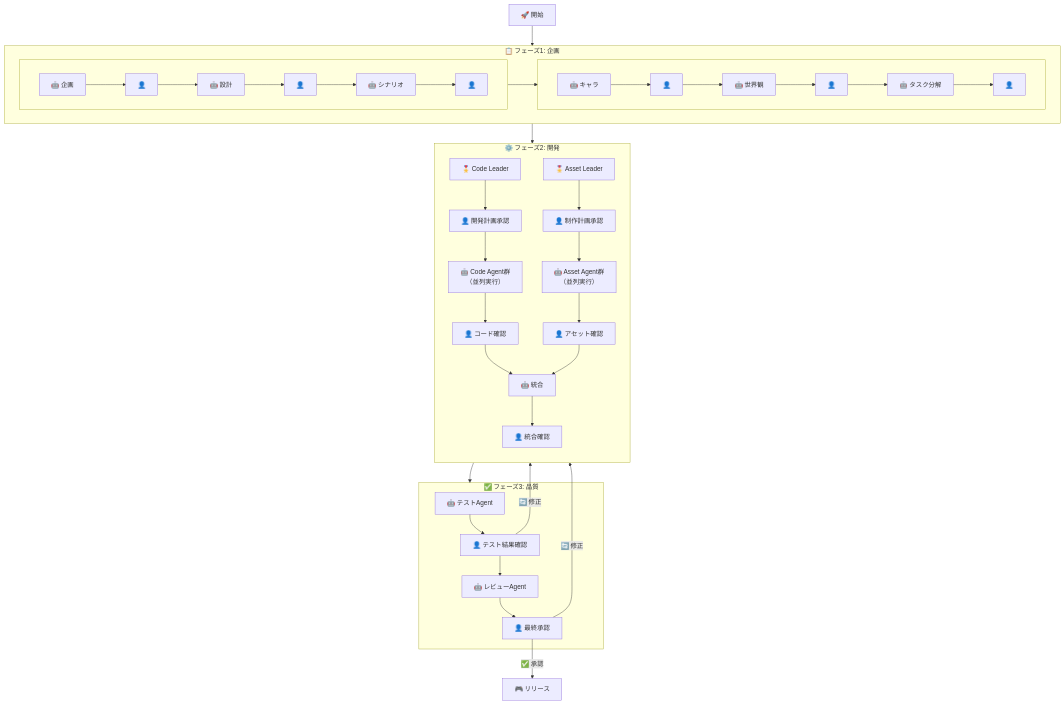
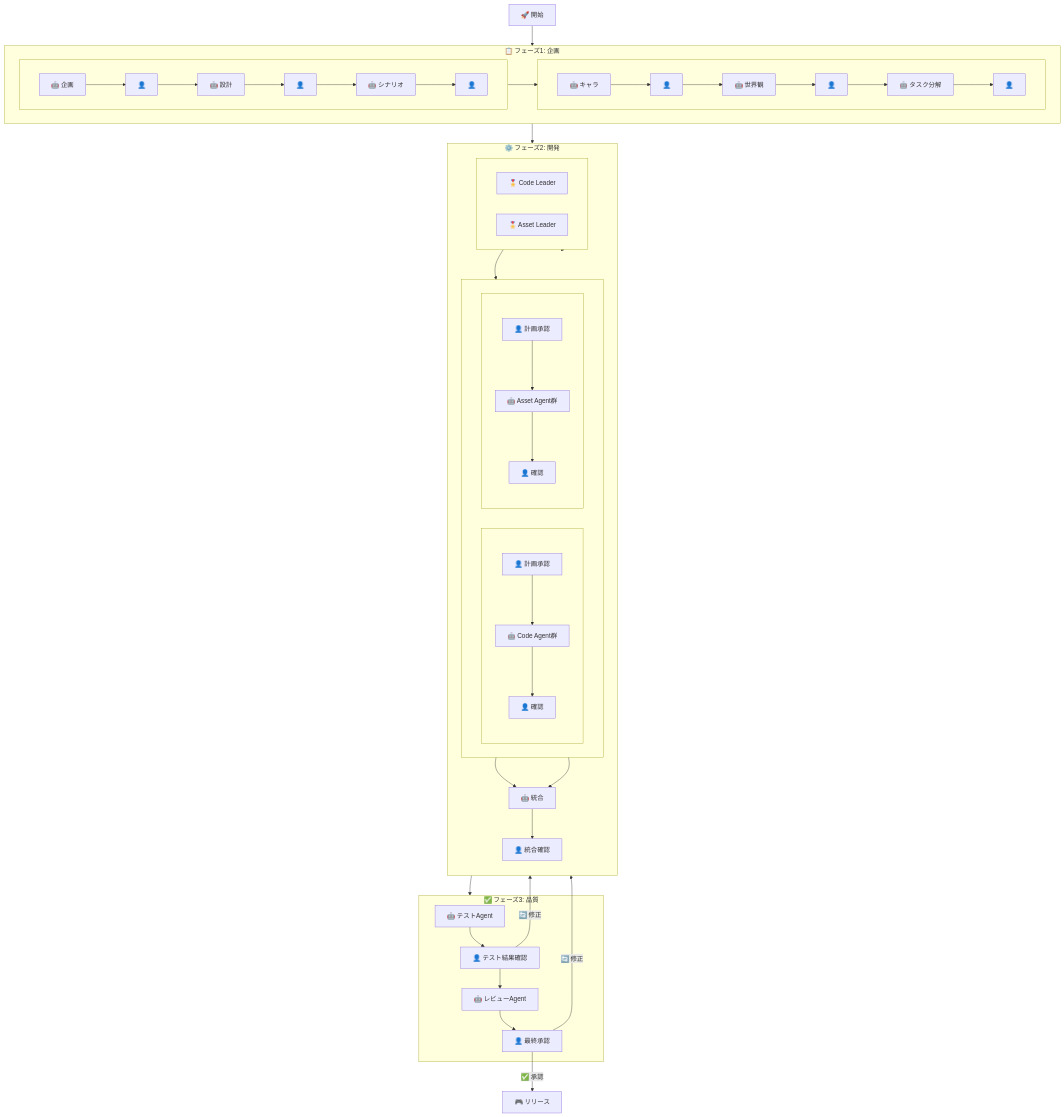
The first of 14 diagrams in langgraph/ARCHITECTURE.md (new-sankaku/toybox), drawn with Mermaid before and after one commit.

Commit message:
Fix Phase 2 layout: separate Code and Asset paths into parallel columns

````diff
--- a/langgraph/ARCHITECTURE.md
+++ b/langgraph/ARCHITECTURE.md
@@ -27,58 +27,72 @@
 ```mermaid
 flowchart TB
     Start["🚀 開始"]
 
     Start --> Phase1
 
     subgraph Phase1["📋 フェーズ1: 企画"]
         direction LR
         subgraph Row1[" "]
             direction LR
             P1["🤖 企画"] --> H1["👤"]
             H1 --> P2["🤖 設計"] --> H2["👤"]
             H2 --> P3["🤖 シナリオ"] --> H3["👤"]
         end
         subgraph Row2[" "]
             direction LR
             P4["🤖 キャラ"] --> H4["👤"]
             H4 --> P5["🤖 世界観"] --> H5["👤"]
             H5 --> P6["🤖 タスク分解"] --> H6["👤"]
         end
         Row1 --> Row2
     end
 
     Phase1 --> Phase2
 
     subgraph Phase2["⚙️ フェーズ2: 開発"]
         direction TB
-        CL["🎖️ Code Leader"]
-        AL["🎖️ Asset Leader"]
+        subgraph Leaders[" "]
+            direction LR
+            CL["🎖️ Code Leader"]
+            AL["🎖️ Asset Leader"]
+        end
 
-        CL --> HCL["👤 開発計画承認"]
-        AL --> HAL["👤 制作計画承認"]
+        subgraph Work[" "]
+            direction LR
+            subgraph CodeSide[" "]
+                direction TB
+                HCL["👤 計画承認"]
+                CodeWork["🤖 Code Agent群"]
+                HCode["👤 確認"]
+                HCL --> CodeWork --> HCode
+            end
+            subgraph AssetSide[" "]
+                direction TB
+                HAL["👤 計画承認"]
+                AssetWork["🤖 Asset Agent群"]
+                HAsset["👤 確認"]
+                HAL --> AssetWork --> HAsset
+            end
+        end
 
-        HCL --> CodeWork["🤖 Code Agent群<br/>（並列実行）"]
-        HAL --> AssetWork["🤖 Asset Agent群<br/>（並列実行）"]
-
-        CodeWork --> HCode["👤 コード確認"]
-        AssetWork --> HAsset["👤 アセット確認"]
+        CL --> CodeSide
+        AL --> AssetSide
 
         HCode --> Integration["🤖 統合"]
         HAsset --> Integration
-
         Integration --> HInt["👤 統合確認"]
     end
 
     HInt --> Phase3
 
     subgraph Phase3["✅ フェーズ3: 品質"]
         T1["🤖 テストAgent"]
         T1 --> HT["👤 テスト結果確認"]
         HT --> R1["🤖 レビューAgent"]
         R1 --> HFinal["👤 最終承認"]
     end
 
     HFinal -->|"✅ 承認"| Done["🎮 リリース"]
     HFinal -->|"🔄 修正"| Phase2
     HT -->|"🔄 修正"| Phase2
 ```
````
